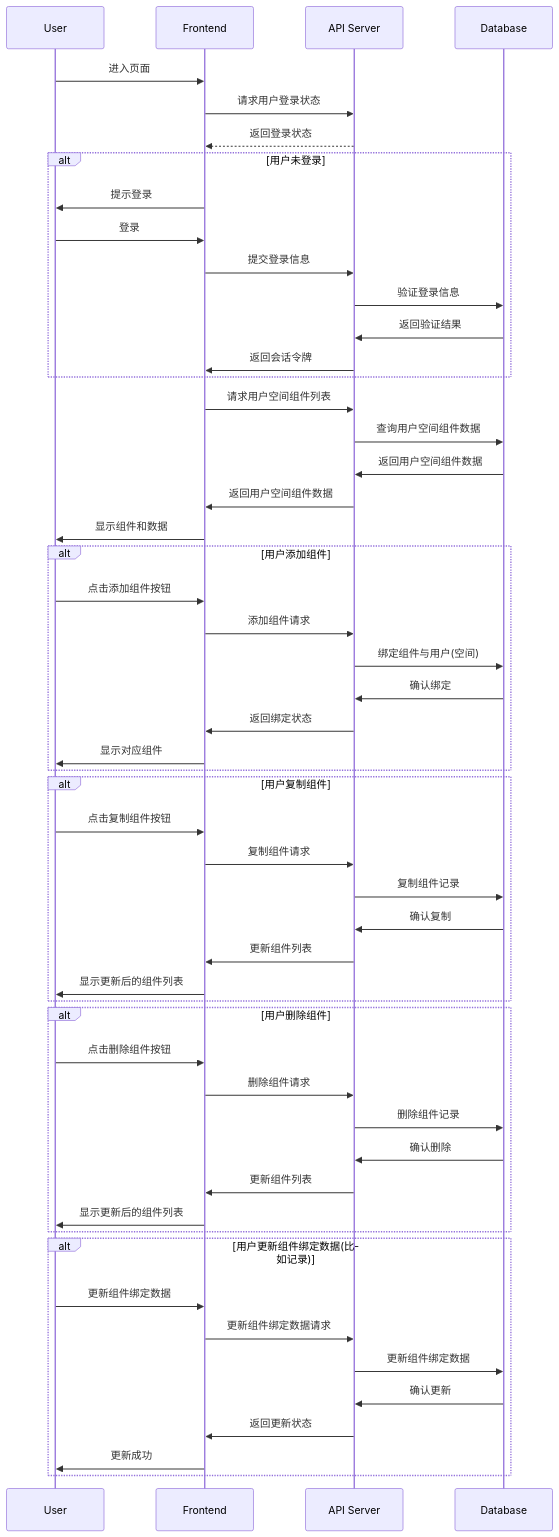
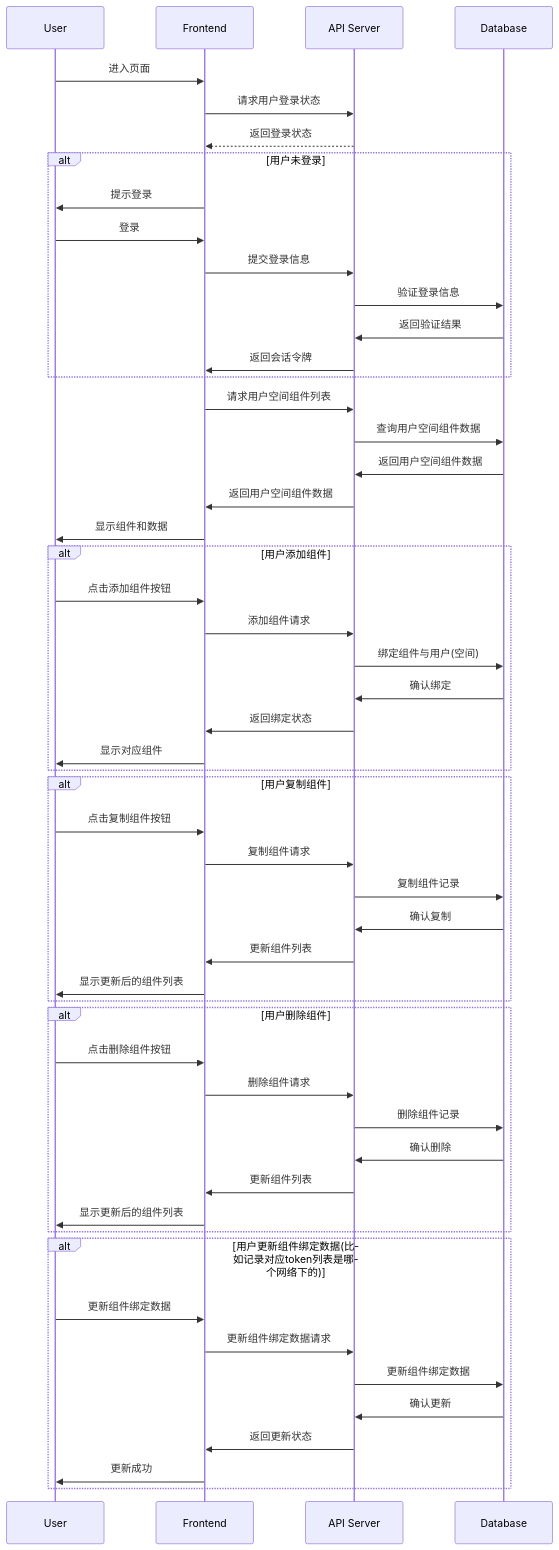
One commit to yingjianzh/iodraw-files changed the diagram in all/未命名-7.md. Above: the diagram before and after it, drawn with Mermaid.

Commit message:
2024-10-09 10:30:26 update

````diff
--- a/all/未命名-7.md
+++ b/all/未命名-7.md
@@ -1,62 +1,62 @@
 ```mermaid
 sequenceDiagram
     participant User
     participant Frontend
     participant API Server
     participant Database
 
     User->>Frontend: 进入页面
     Frontend->>API Server: 请求用户登录状态
     API Server-->>Frontend: 返回登录状态
     alt 用户未登录
         Frontend->>User: 提示登录
         User->>Frontend: 登录
         Frontend->>API Server: 提交登录信息
         API Server->>Database: 验证登录信息
         Database->>API Server: 返回验证结果
         API Server->>Frontend: 返回会话令牌
     end
 
     Frontend->>API Server: 请求用户空间组件列表
     API Server->>Database: 查询用户空间组件数据
     Database->>API Server: 返回用户空间组件数据
     API Server->>Frontend: 返回用户空间组件数据
     Frontend->>User: 显示组件和数据
 
     alt 用户添加组件
         User->>Frontend: 点击添加组件按钮
         Frontend->>API Server: 添加组件请求
         API Server->>Database: 绑定组件与用户(空间)
         Database->>API Server: 确认绑定
         API Server->>Frontend: 返回绑定状态
         Frontend->>User: 显示对应组件
     end
 
     alt 用户复制组件
         User->>Frontend: 点击复制组件按钮
         Frontend->>API Server: 复制组件请求
         API Server->>Database: 复制组件记录
         Database->>API Server: 确认复制
         API Server->>Frontend: 更新组件列表
         Frontend->>User: 显示更新后的组件列表
     end
 
     alt 用户删除组件
         User->>Frontend: 点击删除组件按钮
         Frontend->>API Server: 删除组件请求
         API Server->>Database: 删除组件记录
         Database->>API Server: 确认删除
         API Server->>Frontend: 更新组件列表
         Frontend->>User: 显示更新后的组件列表
     end
 
-    alt 用户更新组件绑定数据(比如记录)
+    alt 用户更新组件绑定数据(比如记录对应token列表是哪个网络下的)
         User->>Frontend: 更新组件绑定数据
         Frontend->>API Server: 更新组件绑定数据请求
         API Server->>Database: 更新组件绑定数据
         Database->>API Server: 确认更新
         API Server->>Frontend: 返回更新状态
         Frontend->>User: 更新成功
     end
 
 ```
````
